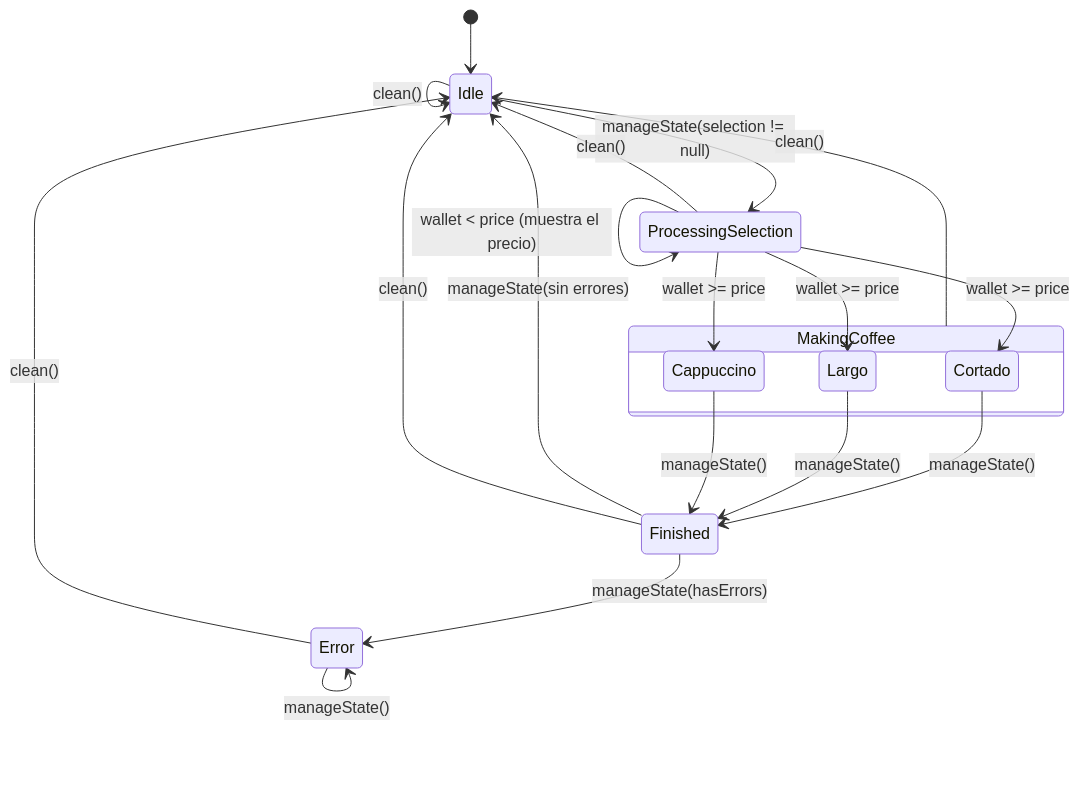
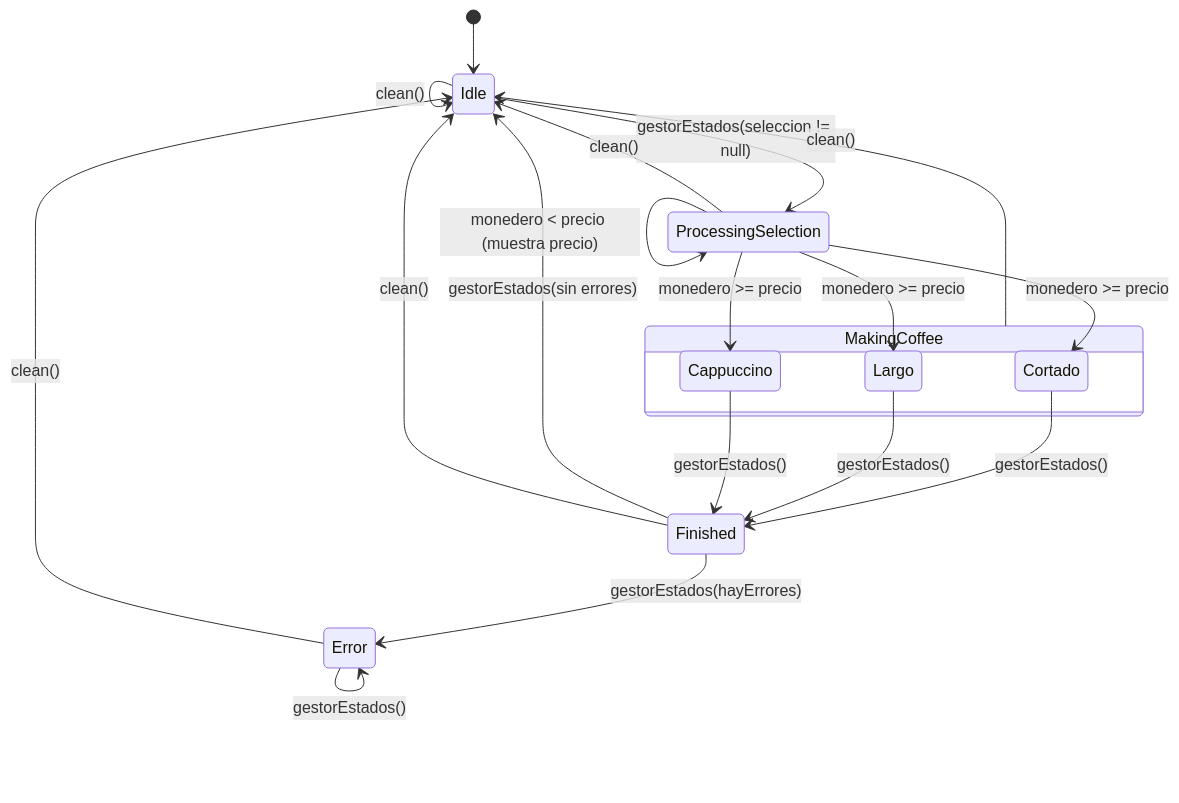
One commit to mmillanpelaez-bot/pmdm-coffee-machine changed the diagram in README.md. Above: the diagram before and after it, drawn with Mermaid. The commit also changed other lines of this file and 10 other files, not shown here.

Commit message:
Refactor: nombres y estructura alineados con la rama Estados-de-la-Maquina (Bebida, gestorEstados, CofeeMachine*.kt)

````diff
--- a/README.md
+++ b/README.md
@@ -24,33 +24,33 @@
 ```mermaid
 stateDiagram-v2
     [*] --> Idle
 
-    Idle --> Idle : manageState(selection == null)
-    Idle --> ProcessingSelection : manageState(selection != null)
+    Idle --> Idle : gestorEstados(seleccion == null)
+    Idle --> ProcessingSelection : gestorEstados(seleccion != null)
 
-    ProcessingSelection --> ProcessingSelection : wallet < price (muestra el precio)
+    ProcessingSelection --> ProcessingSelection : monedero < precio (muestra precio)
 
     state MakingCoffee {
         Cortado
         Largo
         Cappuccino
     }
 
-    ProcessingSelection --> Cortado : wallet >= price
-    ProcessingSelection --> Largo : wallet >= price
-    ProcessingSelection --> Cappuccino : wallet >= price
+    ProcessingSelection --> Cortado : monedero >= precio
+    ProcessingSelection --> Largo : monedero >= precio
+    ProcessingSelection --> Cappuccino : monedero >= precio
 
-    Cortado --> Finished : manageState()
-    Largo --> Finished : manageState()
-    Cappuccino --> Finished : manageState()
+    Cortado --> Finished : gestorEstados()
+    Largo --> Finished : gestorEstados()
+    Cappuccino --> Finished : gestorEstados()
 
-    Finished --> Idle : manageState(sin errores)
-    Finished --> Error : manageState(hasErrors)
-    Error --> Error : manageState()
+    Finished --> Idle : gestorEstados(sin errores)
+    Finished --> Error : gestorEstados(hayErrores)
+    Error --> Error : gestorEstados()
 
     Idle --> Idle : clean()
     ProcessingSelection --> Idle : clean()
     MakingCoffee --> Idle : clean()
     Finished --> Idle : clean()
     Error --> Idle : clean()
 ```
````
